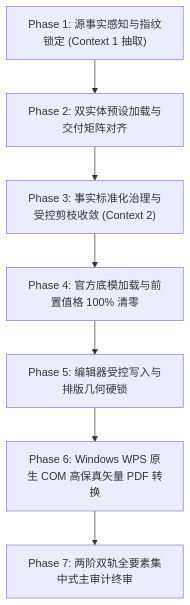
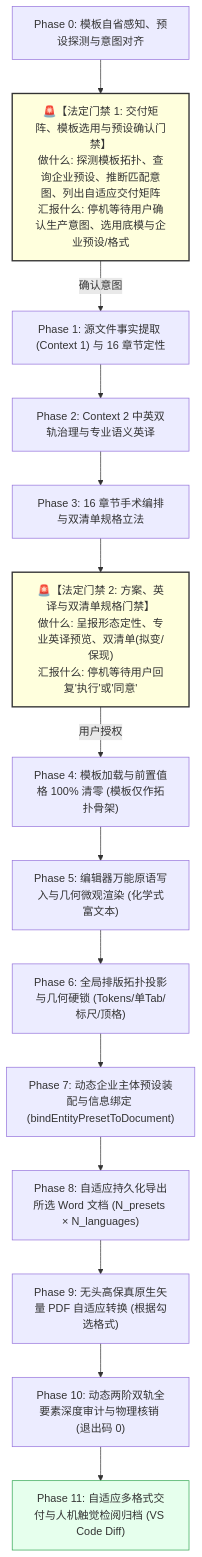
One commit to SnowLove0303/Msds-Engine changed the third of 3 diagrams in 体系交接文档/MSDS_Studio_Agent_Test_Kit/skill/SKILL.md. Above: the diagram before and after it, drawn with Mermaid. The commit also changed other lines of this file and 93 other files, not shown here.

````diff
--- a/体系交接文档/MSDS_Studio_Agent_Test_Kit/skill/SKILL.md
+++ b/体系交接文档/MSDS_Studio_Agent_Test_Kit/skill/SKILL.md
@@ -62,9 +222,24 @@
 ```mermaid
 flowchart TD
-    P1["Phase 1: 源事实感知与指纹锁定 (Context 1 抽取)"] --> P2["Phase 2: 双实体预设加载与交付矩阵对齐"]
-    P2 --> P3["Phase 3: 事实标准化治理与受控剪枝收敛 (Context 2)"]
-    P3 --> P4["Phase 4: 官方底模加载与前置值格 100% 清零"]
-    P4 --> P5["Phase 5: 编辑器受控写入与排版几何硬锁"]
-    P5 --> P6["Phase 6: Windows WPS 原生 COM 高保真矢量 PDF 转换"]
-    P6 --> P7["Phase 7: 两阶双轨全要素集中式主审计终审"]
+    classDef gateStyle fill:#ffd,stroke:#333,stroke-width:2px;
+    classDef actionStyle fill:#eef,stroke:#333,stroke-width:1px;
+    classDef reportStyle fill:#e6ffed,stroke:#2da44e,stroke-width:1px;
+
+    P0["Phase 0: 模板自省感知、预设探测与意图对齐"] --> Gate1["🚨【法定门禁 1: 交付矩阵、模板选用与预设确认门禁】\n做什么: 探测模板拓扑、查询企业预设、推断匹配意图、列出自适应交付矩阵\n汇报什么: 停机等待用户确认生产意图、选用底模与企业预设/格式"]:::gateStyle
+
+    Gate1 -->|确认意图| P1["Phase 1: 源文件事实提取 (Context 1) 与 16 章节定性"]
+    P1 --> P2["Phase 2: Context 2 中英双轨治理与专业语义英译"]
+    P2 --> P3["Phase 3: 16 章节手术编排与双清单规格立法"]
+
+    P3 --> Gate2["🚨【法定门禁 2: 方案、英译与双清单规格门禁】\n做什么: 呈报形态定性、专业英译预览、双清单(拟变/保现)\n汇报什么: 停机等待用户回复'执行'或'同意'"]:::gateStyle
+
+    Gate2 -->|用户授权| P4["Phase 4: 模板加载与前置值格 100% 清零 (模板仅作拓扑骨架)"]
+    P4 --> P5["Phase 5: 编辑器万能原语写入与几何微观渲染 (化学式富文本)"]
+    P5 --> P6["Phase 6: 全局排版拓扑投影与几何硬锁 (Tokens/单Tab/标尺/顶格)"]
+    P6 --> P7["Phase 7: 动态企业主体预设装配与信息绑定 (bindEntityPresetToDocument)"]
+    P7 --> P8["Phase 8: 自适应持久化导出所选 Word 文档 (N_presets × N_languages)"]
+    P8 --> P9["Phase 9: 无头高保真原生矢量 PDF 自适应转换 (根据勾选格式)"]
+    P9 --> P10["Phase 10: 动态两阶双轨全要素深度审计与物理核销 (退出码 0)"]
+
+    P10 --> P11["Phase 11: 自适应多格式交付与人机触觉检阅归档 (VS Code Diff)"]:::reportStyle
 ```
````
